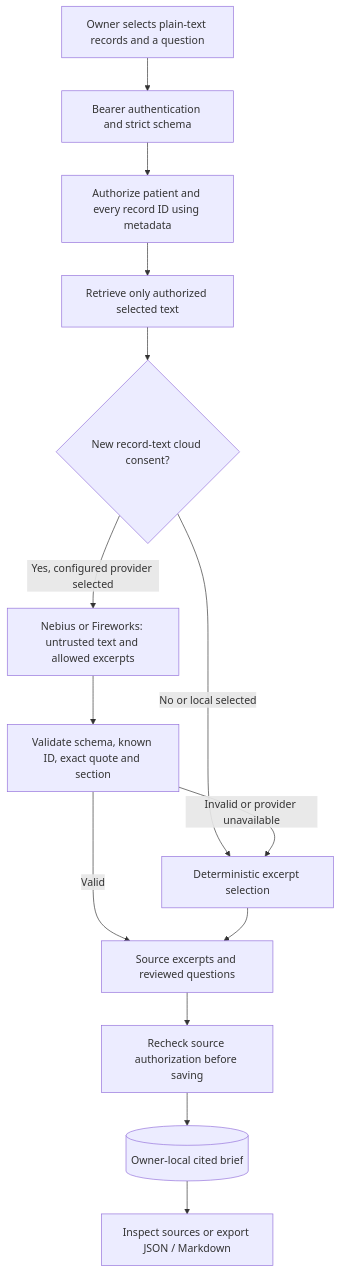
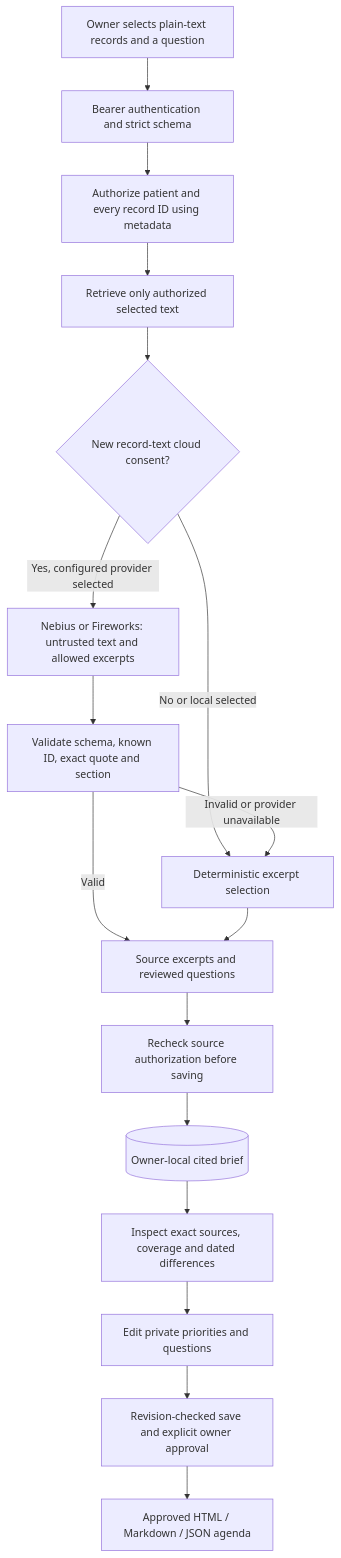
Before and after one commit to sivalinb/pausewell: the diagram in docs/ARCHITECTURE.md, drawn with Mermaid. The commit also changed other lines of this file and 449 other files, not shown here.

````diff
--- a/docs/ARCHITECTURE.md
+++ b/docs/ARCHITECTURE.md
@@ -7,16 +7,19 @@
 ```mermaid
 flowchart TD
     A[Owner selects plain-text records and a question] --> B[Bearer authentication and strict schema]
     B --> C[Authorize patient and every record ID using metadata]
     C --> D[Retrieve only authorized selected text]
     D --> E{New record-text cloud consent?}
     E -->|Yes, configured provider selected| F[Nebius or Fireworks: untrusted text and allowed excerpts]
     E -->|No or local selected| G[Deterministic excerpt selection]
     F --> H[Validate schema, known ID, exact quote and section]
     H -->|Invalid or provider unavailable| G
     H -->|Valid| I[Source excerpts and reviewed questions]
     G --> I
     I --> J[Recheck source authorization before saving]
     J --> K[(Owner-local cited brief)]
-    K --> L[Inspect sources or export JSON / Markdown]
+    K --> L[Inspect exact sources, coverage and dated differences]
+    L --> M[Edit private priorities and questions]
+    M --> N[Revision-checked save and explicit owner approval]
+    N --> O[Approved HTML / Markdown / JSON agenda]
 ```
````
